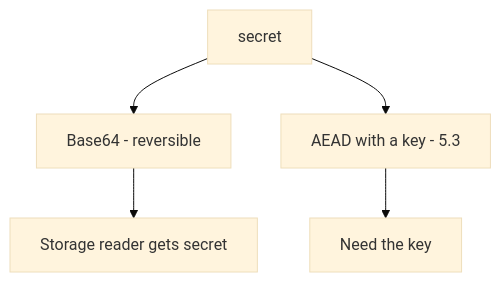
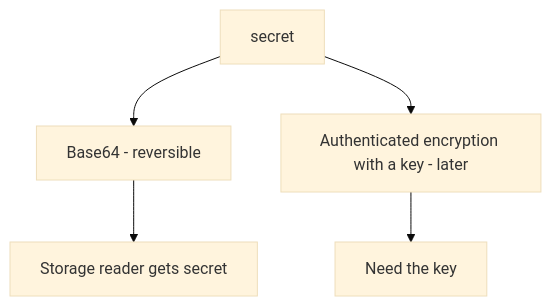
The first of 2 diagrams in content/modules/5/5.2/lessons/01-property.md (ishitvagoel/LearnSecurity), drawn with Mermaid (base theme) before and after one commit. The commit also changed other lines of this file and 39 other files, not shown here.

````diff
--- a/content/modules/5/5.2/lessons/01-property.md
+++ b/content/modules/5/5.2/lessons/01-property.md
@@ -19,7 +18,7 @@
 ```mermaid
 flowchart TD
   Plain[secret] --> B64["Base64 - reversible"]
-  Plain --> AEAD["AEAD with a key - 5.3"]
+  Plain --> AEAD["Authenticated encryption with a key - later"]
   B64 --> Observer[Storage reader gets secret]
   AEAD --> NeedKey[Need the key]
 ```
````
